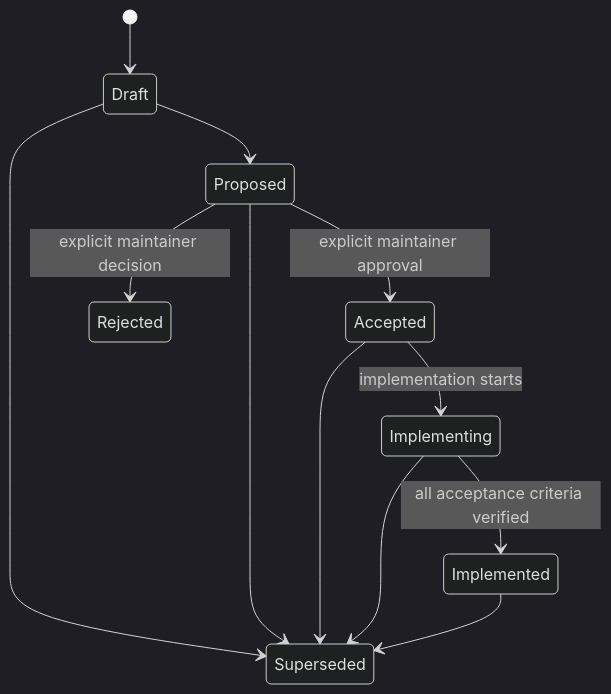
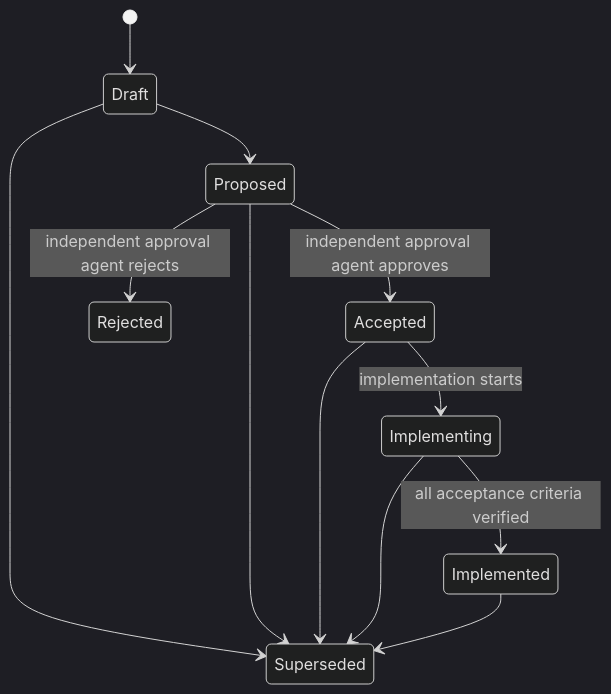
Before and after one commit to Zzzode/BigShark: the diagram in docs/rfcs/README.md, drawn with Mermaid (dark theme). The commit also changed other lines of this file and 13 other files, not shown here.

First line of the commit message:
docs: accept RFC 0004-0006 and delegate approval to independent agents

````diff
--- a/docs/rfcs/README.md
+++ b/docs/rfcs/README.md
@@ -38,14 +45,14 @@
 ```mermaid
 stateDiagram-v2
   [*] --> Draft
   Draft --> Proposed
-  Proposed --> Accepted: explicit maintainer approval
-  Proposed --> Rejected: explicit maintainer decision
+  Proposed --> Accepted: independent approval agent approves
+  Proposed --> Rejected: independent approval agent rejects
   Accepted --> Implementing: implementation starts
   Implementing --> Implemented: all acceptance criteria verified
   Draft --> Superseded
   Proposed --> Superseded
   Accepted --> Superseded
   Implementing --> Superseded
   Implemented --> Superseded
 ```
````
